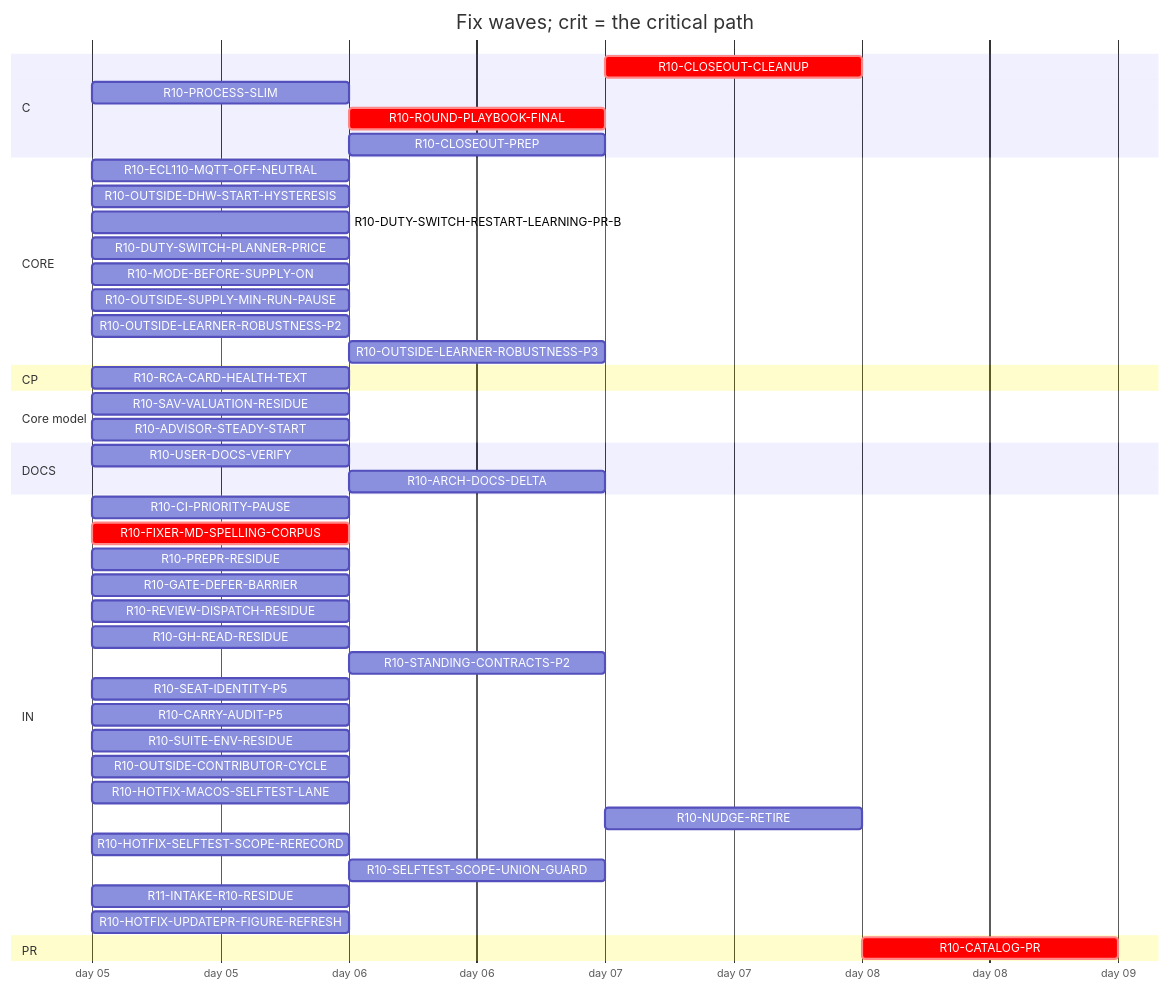
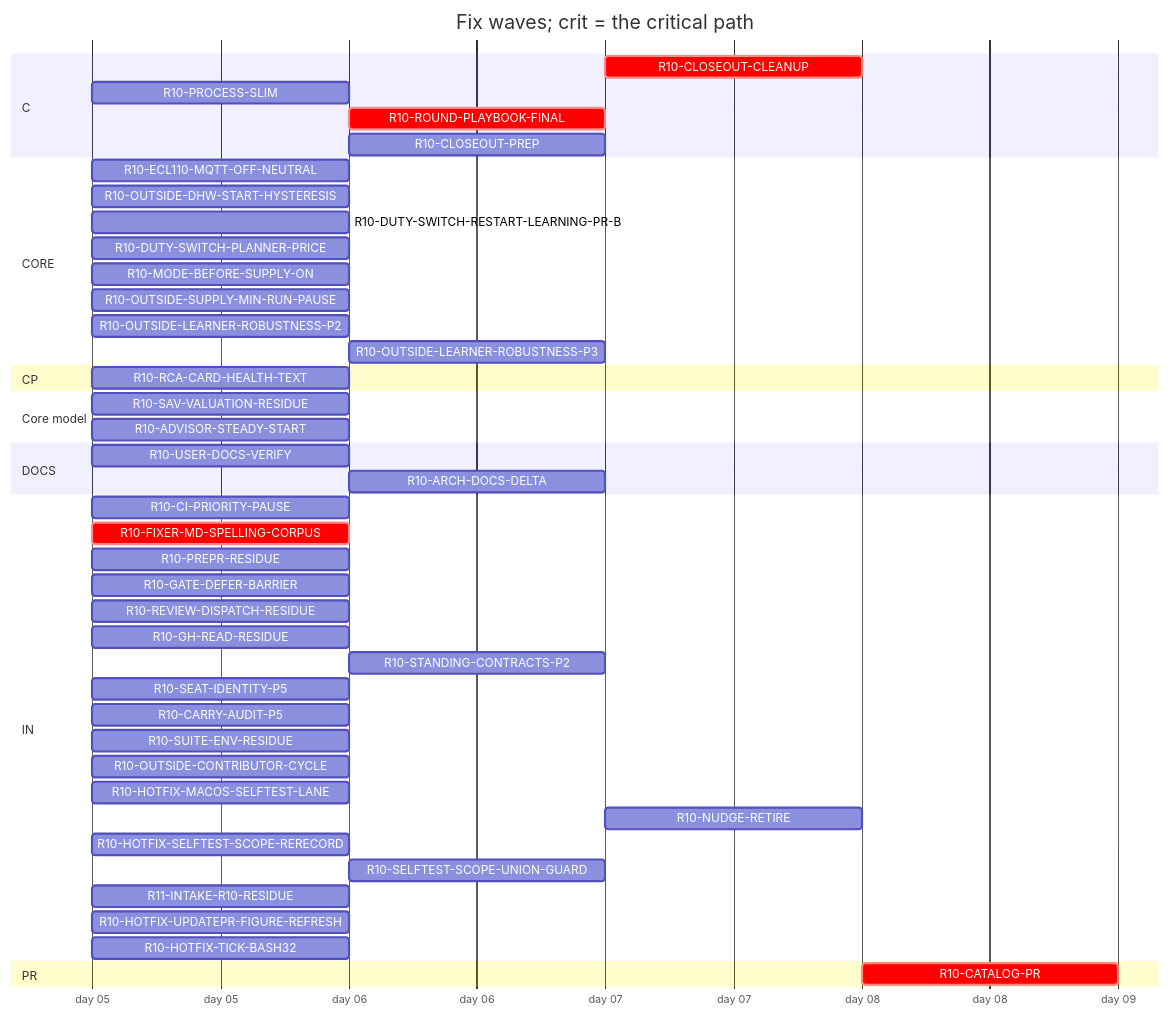
The diagram in handoff/round10/state/PLAN-TABLE.md (tvofi/heatpump_optimizer), drawn with Mermaid before and after one commit. The commit also changed other lines of this file and 4 other files, not shown here.

Commit message:
state: FLOW-BOARD.md, NEXT-SESSION-PROMPT.md, PLAN-TABLE.md, PLAN.html, RESUME-CURRENT.md regenerated (state_docs.py)

````diff
--- a/handoff/round10/state/PLAN-TABLE.md
+++ b/handoff/round10/state/PLAN-TABLE.md
@@ -20,48 +20,49 @@
 ```mermaid
 gantt
   title Fix waves; crit = the critical path
   dateFormat YYYY-MM-DD
   axisFormat day %d
   section C
     R10-CLOSEOUT-CLEANUP :crit, r10CLOSEOUTCLEANUP, after r10USERDOCSVERIFY r10ROUNDPLAYBOOKFINAL r10CLOSEOUTPREP r10ARCHDOCSDELTA, 1d
     R10-PROCESS-SLIM :r10PROCESSSLIM, 2026-01-05, 1d
     R10-ROUND-PLAYBOOK-FINAL :crit, r10ROUNDPLAYBOOKFINAL, after r10FIXERMDSPELLINGCORPUS, 1d
     R10-CLOSEOUT-PREP :r10CLOSEOUTPREP, after r10FIXERMDSPELLINGCORPUS, 1d
   section CORE
     R10-ECL110-MQTT-OFF-NEUTRAL :r10ECL110MQTTOFFNEUTRAL, 2026-01-05, 1d
     R10-OUTSIDE-DHW-START-HYSTERESIS :r10OUTSIDEDHWSTARTHYSTERESIS, 2026-01-05, 1d
     R10-DUTY-SWITCH-RESTART-LEARNING-PR-B :r10DUTYSWITCHRESTARTLEARNINGPRB, 2026-01-05, 1d
     R10-DUTY-SWITCH-PLANNER-PRICE :r10DUTYSWITCHPLANNERPRICE, 2026-01-05, 1d
     R10-MODE-BEFORE-SUPPLY-ON :r10MODEBEFORESUPPLYON, 2026-01-05, 1d
     R10-OUTSIDE-SUPPLY-MIN-RUN-PAUSE :r10OUTSIDESUPPLYMINRUNPAUSE, 2026-01-05, 1d
     R10-OUTSIDE-LEARNER-ROBUSTNESS-P2 :r10OUTSIDELEARNERROBUSTNESSP2, 2026-01-05, 1d
     R10-OUTSIDE-LEARNER-ROBUSTNESS-P3 :r10OUTSIDELEARNERROBUSTNESSP3, after r10OUTSIDELEARNERROBUSTNESSP2, 1d
   section CP
     R10-RCA-CARD-HEALTH-TEXT :r10RCACARDHEALTHTEXT, 2026-01-05, 1d
   section Core model
     R10-SAV-VALUATION-RESIDUE :r10SAVVALUATIONRESIDUE, 2026-01-05, 1d
     R10-ADVISOR-STEADY-START :r10ADVISORSTEADYSTART, 2026-01-05, 1d
   section DOCS
     R10-USER-DOCS-VERIFY :r10USERDOCSVERIFY, 2026-01-05, 1d
     R10-ARCH-DOCS-DELTA :r10ARCHDOCSDELTA, after r10SAVVALUATIONRESIDUE r10ADVISORSTEADYSTART r10PROCESSSLIM, 1d
   section IN
     R10-CI-PRIORITY-PAUSE :r10CIPRIORITYPAUSE, 2026-01-05, 1d
     R10-FIXER-MD-SPELLING-CORPUS :crit, r10FIXERMDSPELLINGCORPUS, 2026-01-05, 1d
     R10-PREPR-RESIDUE :r10PREPRRESIDUE, 2026-01-05, 1d
     R10-GATE-DEFER-BARRIER :r10GATEDEFERBARRIER, 2026-01-05, 1d
     R10-REVIEW-DISPATCH-RESIDUE :r10REVIEWDISPATCHRESIDUE, 2026-01-05, 1d
     R10-GH-READ-RESIDUE :r10GHREADRESIDUE, 2026-01-05, 1d
     R10-STANDING-CONTRACTS-P2 :r10STANDINGCONTRACTSP2, after r10FIXERMDSPELLINGCORPUS, 1d
     R10-SEAT-IDENTITY-P5 :r10SEATIDENTITYP5, 2026-01-05, 1d
     R10-CARRY-AUDIT-P5 :r10CARRYAUDITP5, 2026-01-05, 1d
     R10-SUITE-ENV-RESIDUE :r10SUITEENVRESIDUE, 2026-01-05, 1d
     R10-OUTSIDE-CONTRIBUTOR-CYCLE :r10OUTSIDECONTRIBUTORCYCLE, 2026-01-05, 1d
     R10-HOTFIX-MACOS-SELFTEST-LANE :r10HOTFIXMACOSSELFTESTLANE, 2026-01-05, 1d
     R10-NUDGE-RETIRE :r10NUDGERETIRE, after r10ROUNDPLAYBOOKFINAL, 1d
     R10-HOTFIX-SELFTEST-SCOPE-RERECORD :r10HOTFIXSELFTESTSCOPERERECORD, 2026-01-05, 1d
     R10-SELFTEST-SCOPE-UNION-GUARD :r10SELFTESTSCOPEUNIONGUARD, after r10HOTFIXSELFTESTSCOPERERECORD, 1d
     R11-INTAKE-R10-RESIDUE :r11INTAKER10RESIDUE, 2026-01-05, 1d
     R10-HOTFIX-UPDATEPR-FIGURE-REFRESH :r10HOTFIXUPDATEPRFIGUREREFRESH, 2026-01-05, 1d
+    R10-HOTFIX-TICK-BASH32 :r10HOTFIXTICKBASH32, 2026-01-05, 1d
   section PR
     R10-CATALOG-PR :crit, r10CATALOGPR, after r10USERDOCSVERIFY r10ROUNDPLAYBOOKFINAL r10CLOSEOUTCLEANUP r10CLOSEOUTPREP r10ARCHDOCSDELTA, 1d
 ```
````
